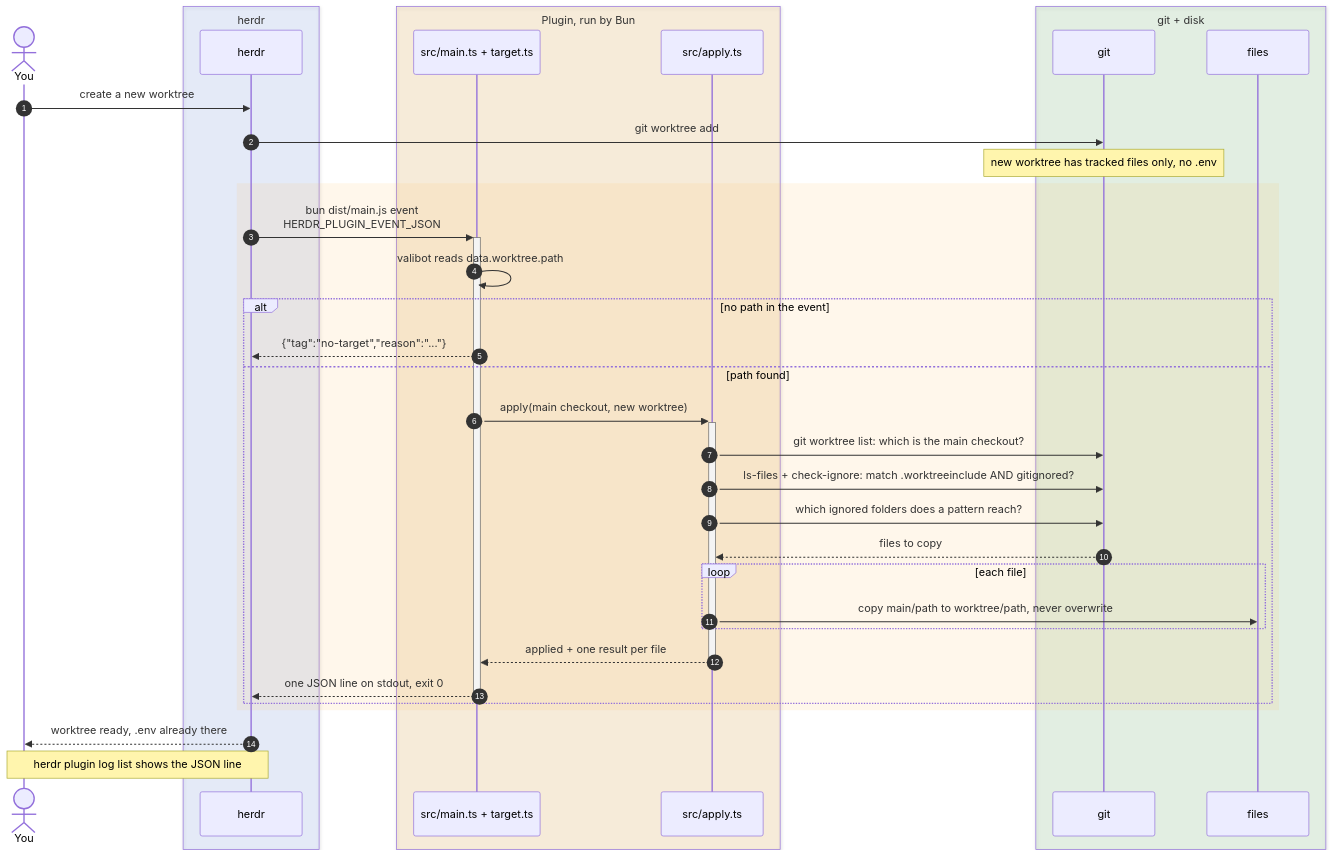
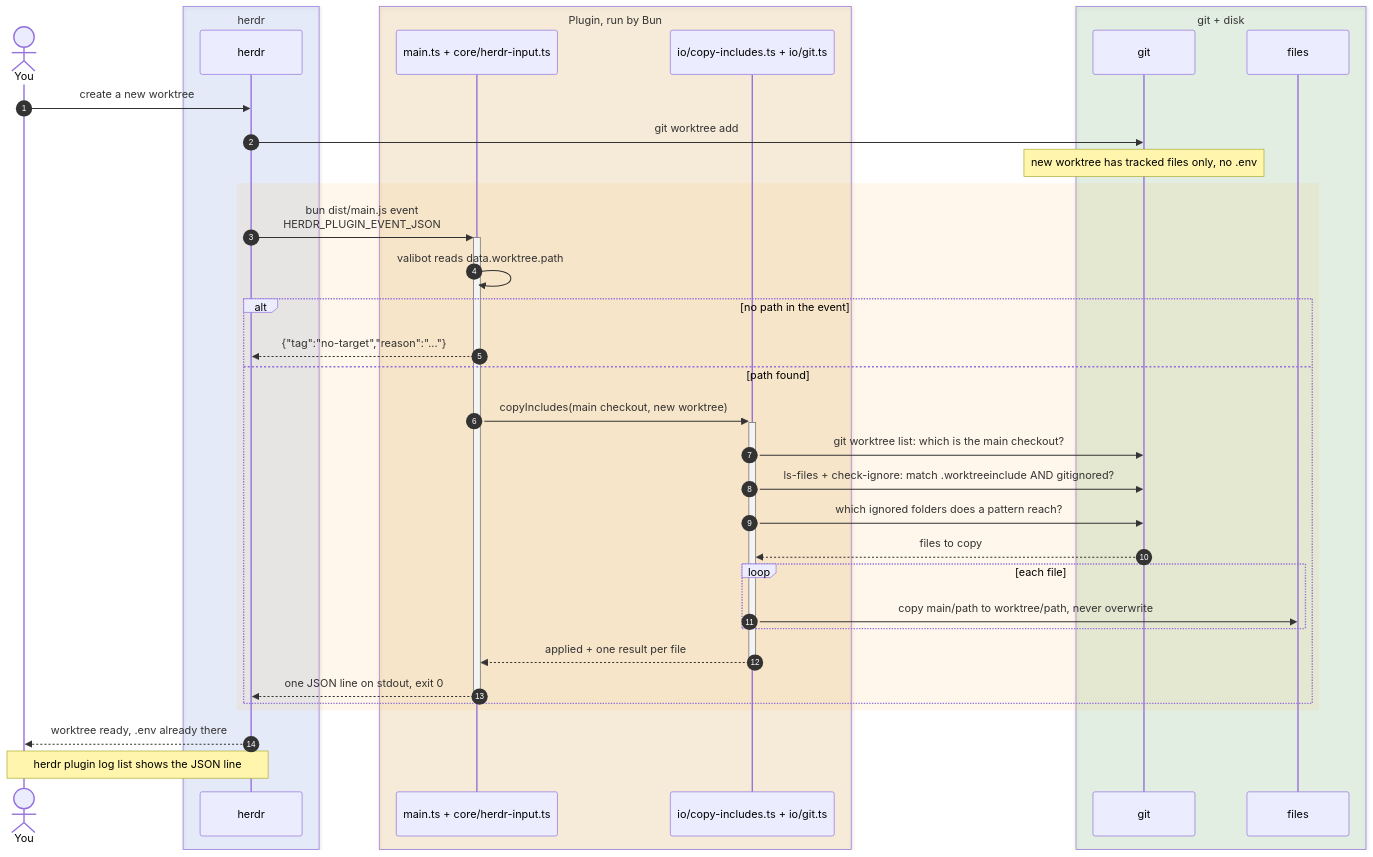
Before and after one commit to heyfirst/herdr-worktree-include: the first of 3 diagrams in CONTEXT.md, drawn with Mermaid. The commit also changed other lines of this file and 15 other files, not shown here.

First line of the commit message:
Split src into core, io and lib

````diff
--- a/CONTEXT.md
+++ b/CONTEXT.md
@@ -7,42 +7,42 @@
 ```mermaid
 sequenceDiagram
     autonumber
     actor You
     box rgba(100, 150, 255, 0.12) herdr
         participant H as herdr
     end
     box rgba(250, 180, 60, 0.15) Plugin, run by Bun
-        participant M as src/main.ts + target.ts
-        participant A as src/apply.ts
+        participant M as main.ts + core/herdr-input.ts
+        participant A as io/copy-includes.ts + io/git.ts
     end
     box rgba(120, 200, 120, 0.15) git + disk
         participant G as git
         participant FS as files
     end
 
     You->>H: create a new worktree
     H->>G: git worktree add
     Note over G: new worktree has tracked files only, no .env
 
     rect rgba(250, 180, 60, 0.10)
         H->>+M: bun dist/main.js event<br/>HERDR_PLUGIN_EVENT_JSON
         M->>M: valibot reads data.worktree.path
         alt no path in the event
             M-->>H: {"tag":"no-target","reason":"..."}
         else path found
-            M->>+A: apply(main checkout, new worktree)
+            M->>+A: copyIncludes(main checkout, new worktree)
             A->>G: git worktree list: which is the main checkout?
             A->>G: ls-files + check-ignore: match .worktreeinclude AND gitignored?
             A->>G: which ignored folders does a pattern reach?
             G-->>A: files to copy
             loop each file
                 A->>FS: copy main/path to worktree/path, never overwrite
             end
             A-->>-M: applied + one result per file
             M-->>-H: one JSON line on stdout, exit 0
         end
     end
 
     H-->>You: worktree ready, .env already there
     Note over You,H: herdr plugin log list shows the JSON line
 ```
````
